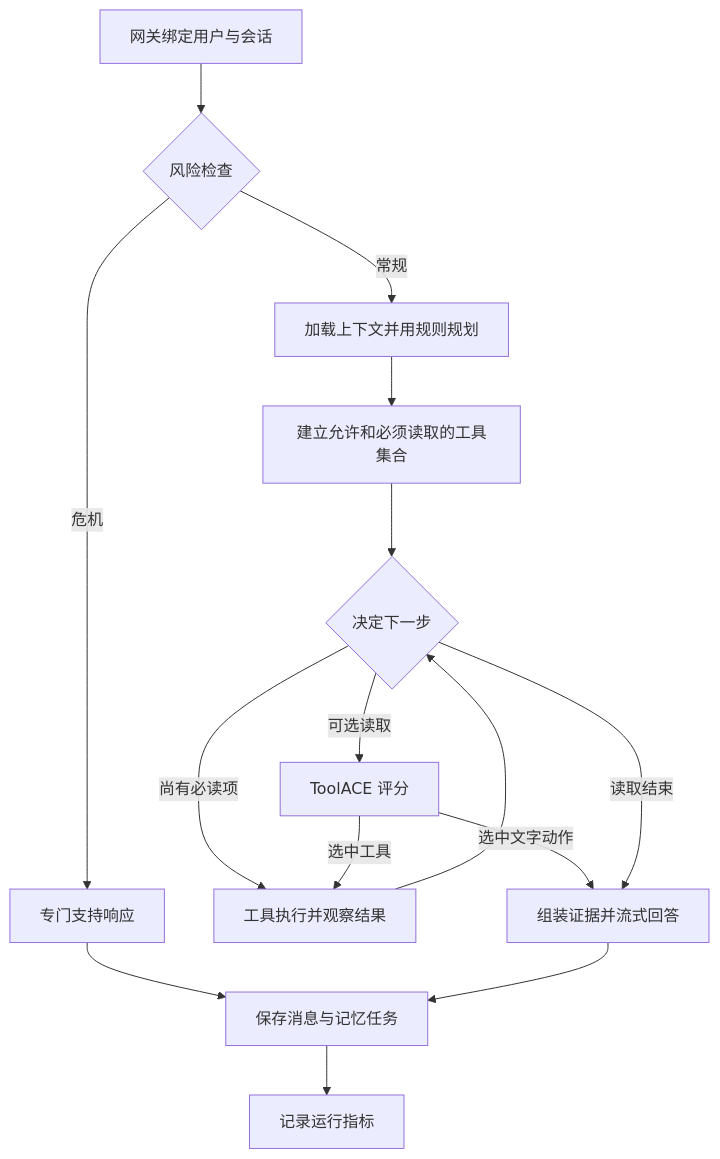
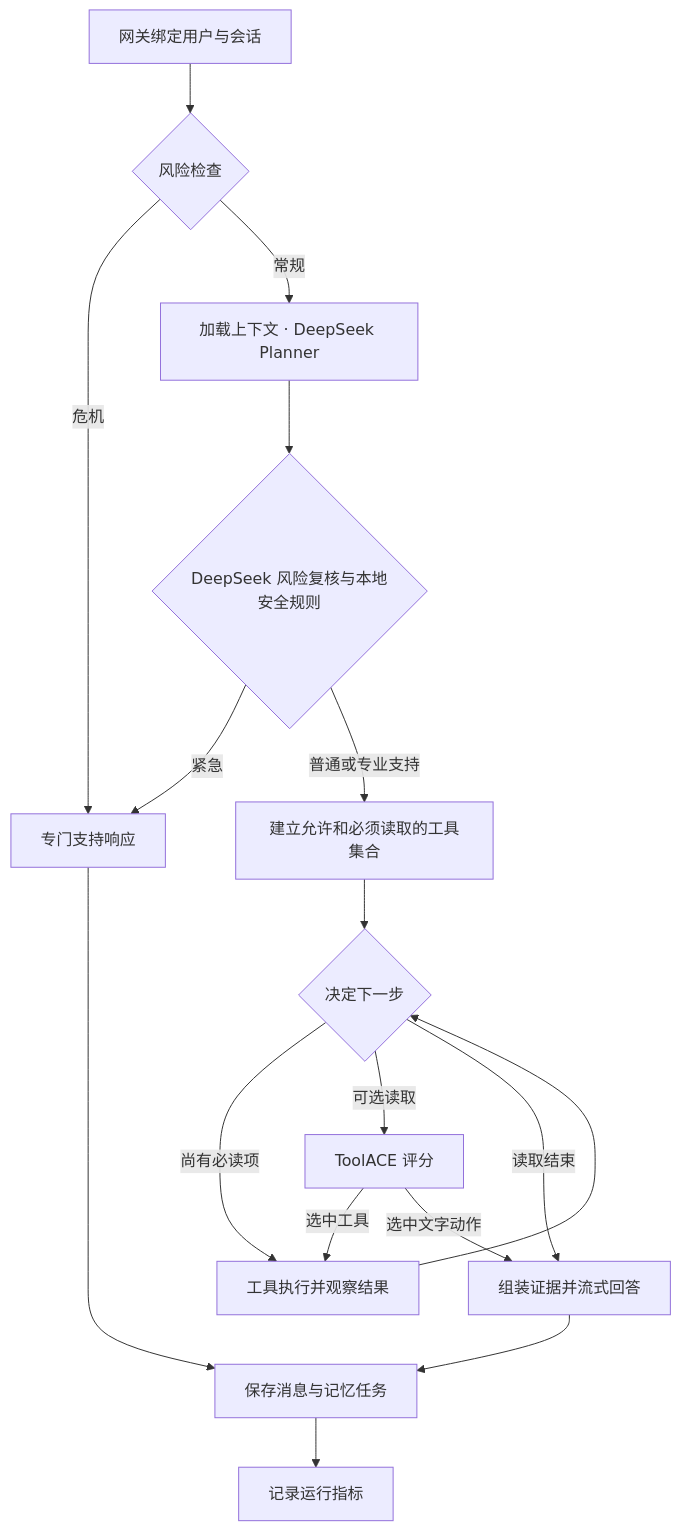
One commit to Vaniloo/psych-agent-engineering changed the second of 2 diagrams in docs/architecture.md. Above: the diagram before and after it, drawn with Mermaid. The commit also changed other lines of this file and 23 other files, not shown here.

Commit message:
Use independent DeepSeek calls for intent and risk with rule fallbacks

````diff
--- a/docs/architecture.md
+++ b/docs/architecture.md
@@ -28,17 +29,19 @@
 ```mermaid
 flowchart TD
   A[网关绑定用户与会话] --> B{风险检查}
   B -->|危机| C[专门支持响应]
-  B -->|常规| D[加载上下文并用规则规划]
-  D --> E[建立允许和必须读取的工具集合]
+  B -->|常规| D[加载上下文 · DeepSeek Planner]
+  D --> V{DeepSeek 风险复核与本地安全规则}
+  V -->|紧急| C
+  V -->|普通或专业支持| E[建立允许和必须读取的工具集合]
   E --> F{决定下一步}
   F -->|尚有必读项| G[工具执行并观察结果]
   F -->|可选读取| Q[ToolACE 评分]
   Q -->|选中工具| G
   G --> F
   Q -->|选中文字动作| R[组装证据并流式回答]
   F -->|读取结束| R
   C --> P[保存消息与记忆任务]
   R --> P
   P --> Z[记录运行指标]
 ```
````
